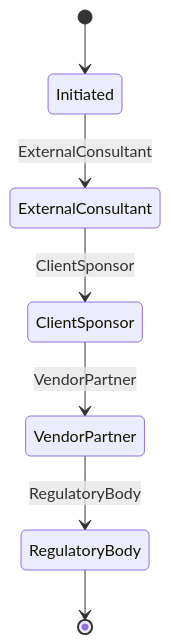
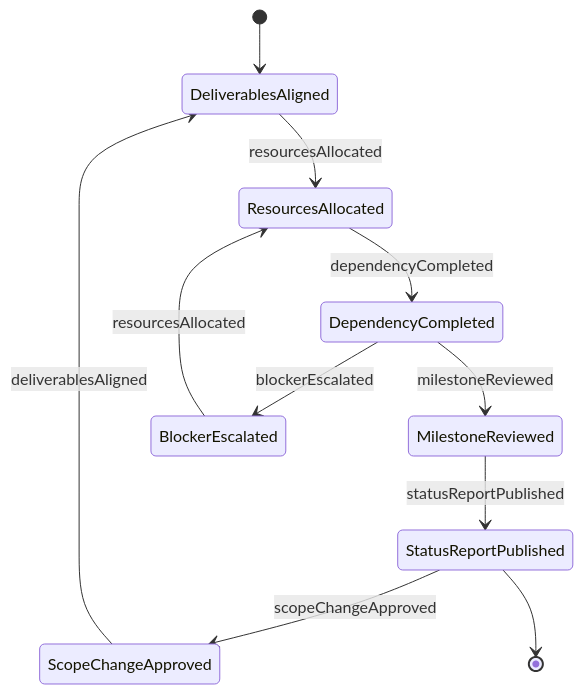
The second of 4 diagrams in GuidingDirectingAndMotivatingSubordinates/DirectOrganizationalOperationsActivitiesOrProcedures/CoordinateProjectActivitiesPersonnelDepartments.mdx (dot-org-ai/tasks.org.ai), drawn with Mermaid before and after one commit. The commit also changed other lines of this file and 515 other files, not shown here.

````diff
--- a/GuidingDirectingAndMotivatingSubordinates/DirectOrganizationalOperationsActivitiesOrProcedures/CoordinateProjectActivitiesPersonnelDepartments.mdx
+++ b/GuidingDirectingAndMotivatingSubordinates/DirectOrganizationalOperationsActivitiesOrProcedures/CoordinateProjectActivitiesPersonnelDepartments.mdx
@@ -101,9 +102,13 @@
 ```mermaid
 stateDiagram-v2
-    [*] --> Initiated
-    Initiated --> ExternalConsultant: ExternalConsultant
-    ExternalConsultant --> ClientSponsor: ClientSponsor
-    ClientSponsor --> VendorPartner: VendorPartner
-    VendorPartner --> RegulatoryBody: RegulatoryBody
-    RegulatoryBody --> [*]
+    [*] --> DeliverablesAligned
+    DeliverablesAligned --> ResourcesAllocated : resourcesAllocated
+    ResourcesAllocated --> DependencyCompleted : dependencyCompleted
+    DependencyCompleted --> MilestoneReviewed : milestoneReviewed
+    MilestoneReviewed --> StatusReportPublished : statusReportPublished
+    StatusReportPublished --> ScopeChangeApproved : scopeChangeApproved
+    ScopeChangeApproved --> DeliverablesAligned : deliverablesAligned
+    DependencyCompleted --> BlockerEscalated : blockerEscalated
+    BlockerEscalated --> ResourcesAllocated : resourcesAllocated
+    StatusReportPublished --> [*]
 ```
````
